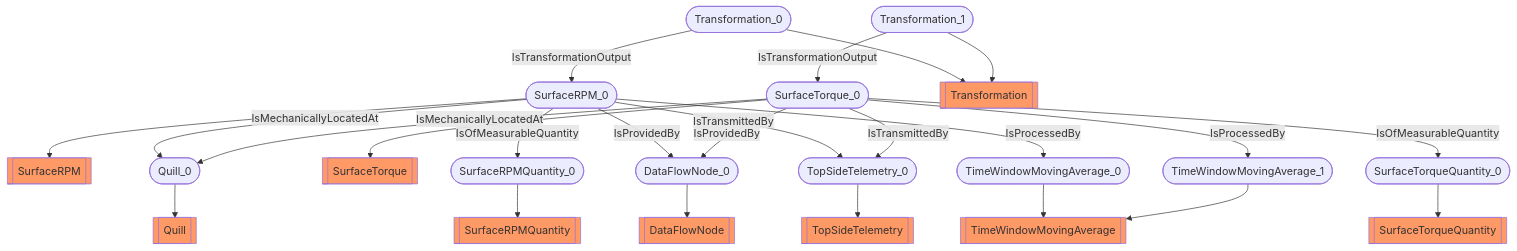
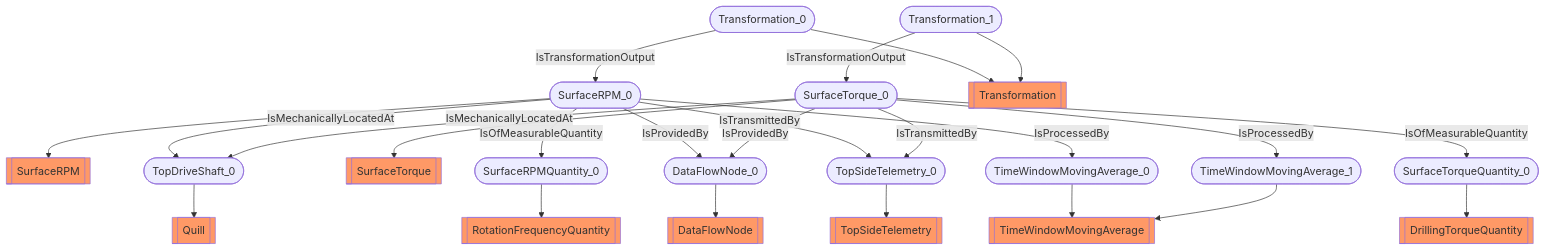
Before and after one commit to D-WIS/DDHub-Semantic-Interoperability: the diagram in docs/vocabulary_development/auto-generated/md/examples/Rotation and Torque.md, drawn with Mermaid. The commit also changed other lines of this file and 36 other files, not shown here.

````diff
--- a/docs/vocabulary_development/auto-generated/md/examples/Rotation and Torque.md
+++ b/docs/vocabulary_development/auto-generated/md/examples/Rotation and Torque.md
@@ -25,28 +25,28 @@
 ```mermaid
 flowchart TD
 	 classDef typeClass fill:#f96;
 	 classDef classClass fill:#9dd0ff;
 	SurfaceRPM_0([SurfaceRPM_0]) --> SurfaceRPM[[SurfaceRPM]]:::typeClass
-	Quill_0([Quill_0]) --> Quill[[Quill]]:::typeClass
+	TopDriveShaft_0([TopDriveShaft_0]) --> Quill[[Quill]]:::typeClass
 	SurfaceTorque_0([SurfaceTorque_0]) --> SurfaceTorque[[SurfaceTorque]]:::typeClass
-	SurfaceRPMQuantity_0([SurfaceRPMQuantity_0]) --> SurfaceRPMQuantity[[SurfaceRPMQuantity]]:::typeClass
-	SurfaceTorqueQuantity_0([SurfaceTorqueQuantity_0]) --> SurfaceTorqueQuantity[[SurfaceTorqueQuantity]]:::typeClass
+	SurfaceRPMQuantity_0([SurfaceRPMQuantity_0]) --> RotationFrequencyQuantity[[RotationFrequencyQuantity]]:::typeClass
+	SurfaceTorqueQuantity_0([SurfaceTorqueQuantity_0]) --> DrillingTorqueQuantity[[DrillingTorqueQuantity]]:::typeClass
 	Transformation_0([Transformation_0]) --> Transformation[[Transformation]]:::typeClass
 	Transformation_1([Transformation_1]) --> Transformation[[Transformation]]:::typeClass
 	DataFlowNode_0([DataFlowNode_0]) --> DataFlowNode[[DataFlowNode]]:::typeClass
 	TopSideTelemetry_0([TopSideTelemetry_0]) --> TopSideTelemetry[[TopSideTelemetry]]:::typeClass
 	TimeWindowMovingAverage_0([TimeWindowMovingAverage_0]) --> TimeWindowMovingAverage[[TimeWindowMovingAverage]]:::typeClass
 	TimeWindowMovingAverage_1([TimeWindowMovingAverage_1]) --> TimeWindowMovingAverage[[TimeWindowMovingAverage]]:::typeClass
-	 SurfaceRPM_0 -- IsMechanicallyLocatedAt --> Quill_0 
-	 SurfaceTorque_0 -- IsMechanicallyLocatedAt --> Quill_0 
+	 SurfaceRPM_0 -- IsMechanicallyLocatedAt --> TopDriveShaft_0 
+	 SurfaceTorque_0 -- IsMechanicallyLocatedAt --> TopDriveShaft_0 
 	 SurfaceRPM_0 -- IsOfMeasurableQuantity --> SurfaceRPMQuantity_0 
 	 SurfaceTorque_0 -- IsOfMeasurableQuantity --> SurfaceTorqueQuantity_0 
 	 Transformation_0 -- IsTransformationOutput --> SurfaceRPM_0 
 	 Transformation_1 -- IsTransformationOutput --> SurfaceTorque_0 
 	 SurfaceRPM_0 -- IsProvidedBy --> DataFlowNode_0 
 	 SurfaceTorque_0 -- IsProvidedBy --> DataFlowNode_0 
 	 SurfaceRPM_0 -- IsTransmittedBy --> TopSideTelemetry_0 
 	 SurfaceTorque_0 -- IsTransmittedBy --> TopSideTelemetry_0 
 	 SurfaceRPM_0 -- IsProcessedBy --> TimeWindowMovingAverage_0 
 	 SurfaceTorque_0 -- IsProcessedBy --> TimeWindowMovingAverage_1 
 ```
````
